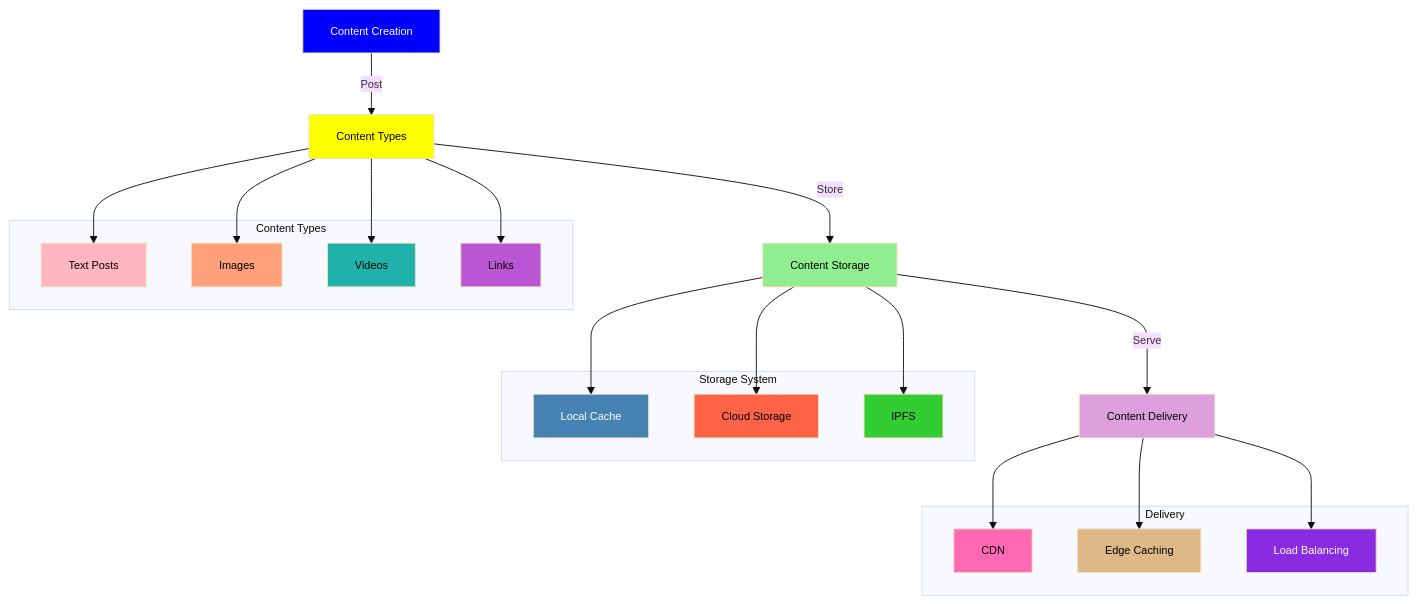
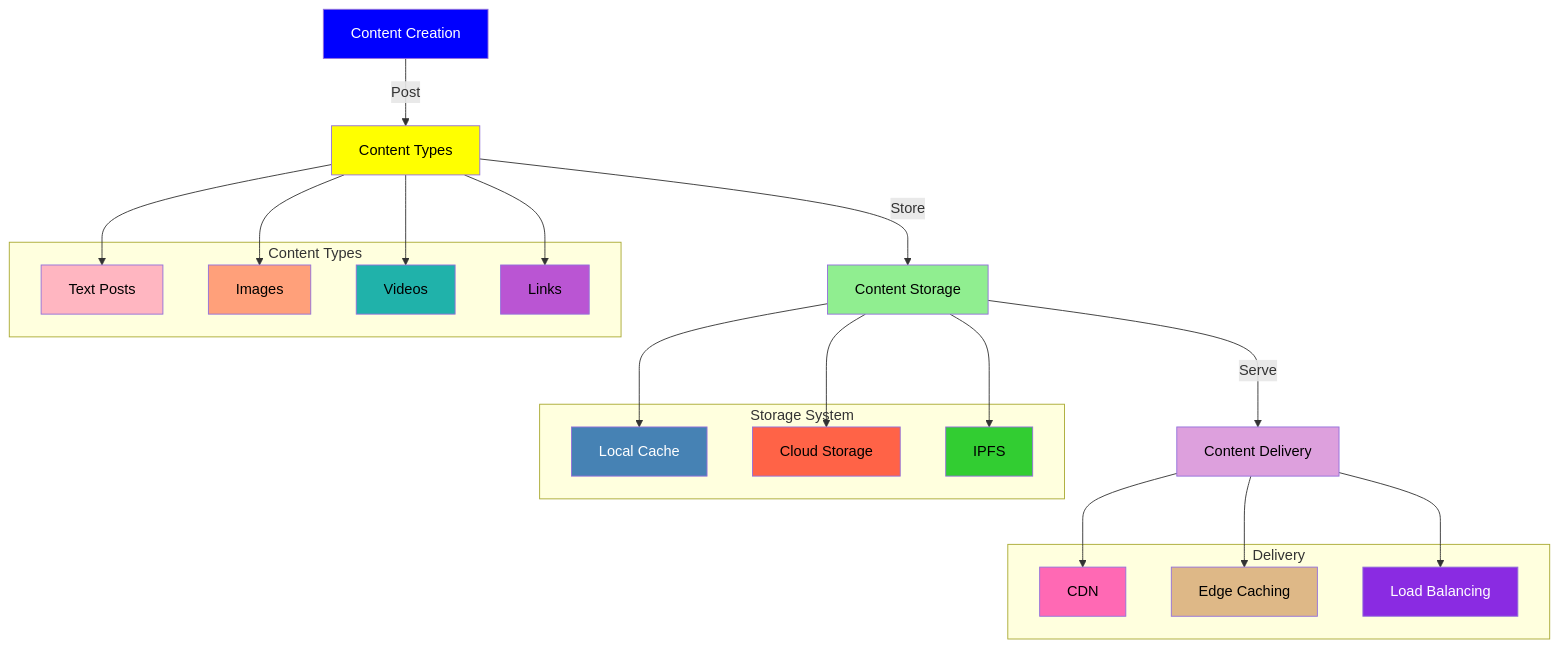
Before and after one commit to MEMEFANS/memefans: the fourth of 13 diagrams in docs/whitepaper/product-features.md, drawn with Mermaid. The commit also changed other lines of this file, not shown here.

First line of the commit message:
fix: simplify mermaid diagrams

```diff
--- a/docs/whitepaper/product-features.md
+++ b/docs/whitepaper/product-features.md
@@ -160,54 +147,53 @@
 <div class="mermaid">
-%%{init: {'theme': 'base', 'themeVariables': { 'fontSize': '12px', 'nodeSpacing': 40, 'rankSpacing': 40 }}}%%
 graph TD
     A[Content Creation] -->|Post| B[Content Types]
     B -->|Store| C[Content Storage]
     C -->|Serve| D[Content Delivery]
     
     subgraph Content Types
     E[Text Posts]
     F[Images]
     G[Videos]
     H[Links]
     end
     
     subgraph Storage System
     I[Local Cache]
     J[Cloud Storage]
     K[IPFS]
     end
     
     subgraph Delivery
     L[CDN]
     M[Edge Caching]
     N[Load Balancing]
     end
     
     B --> E
     B --> F
     B --> G
     B --> H
     
     C --> I
     C --> J
     C --> K
     
     D --> L
     D --> M
     D --> N
     
     style A fill:#0000FF,color:#FFFFFF
     style B fill:#FFFF00,color:#000000
     style C fill:#90EE90,color:#000000
     style D fill:#DDA0DD,color:#000000
     style E fill:#FFB6C1,color:#000000
     style F fill:#FFA07A,color:#000000
     style G fill:#20B2AA,color:#000000
     style H fill:#BA55D3,color:#000000
     style I fill:#4682B4,color:#FFFFFF
     style J fill:#FF6347,color:#000000
     style K fill:#32CD32,color:#000000
     style L fill:#FF69B4,color:#000000
     style M fill:#DEB887,color:#000000
     style N fill:#8A2BE2,color:#FFFFFF
 </div>
```
